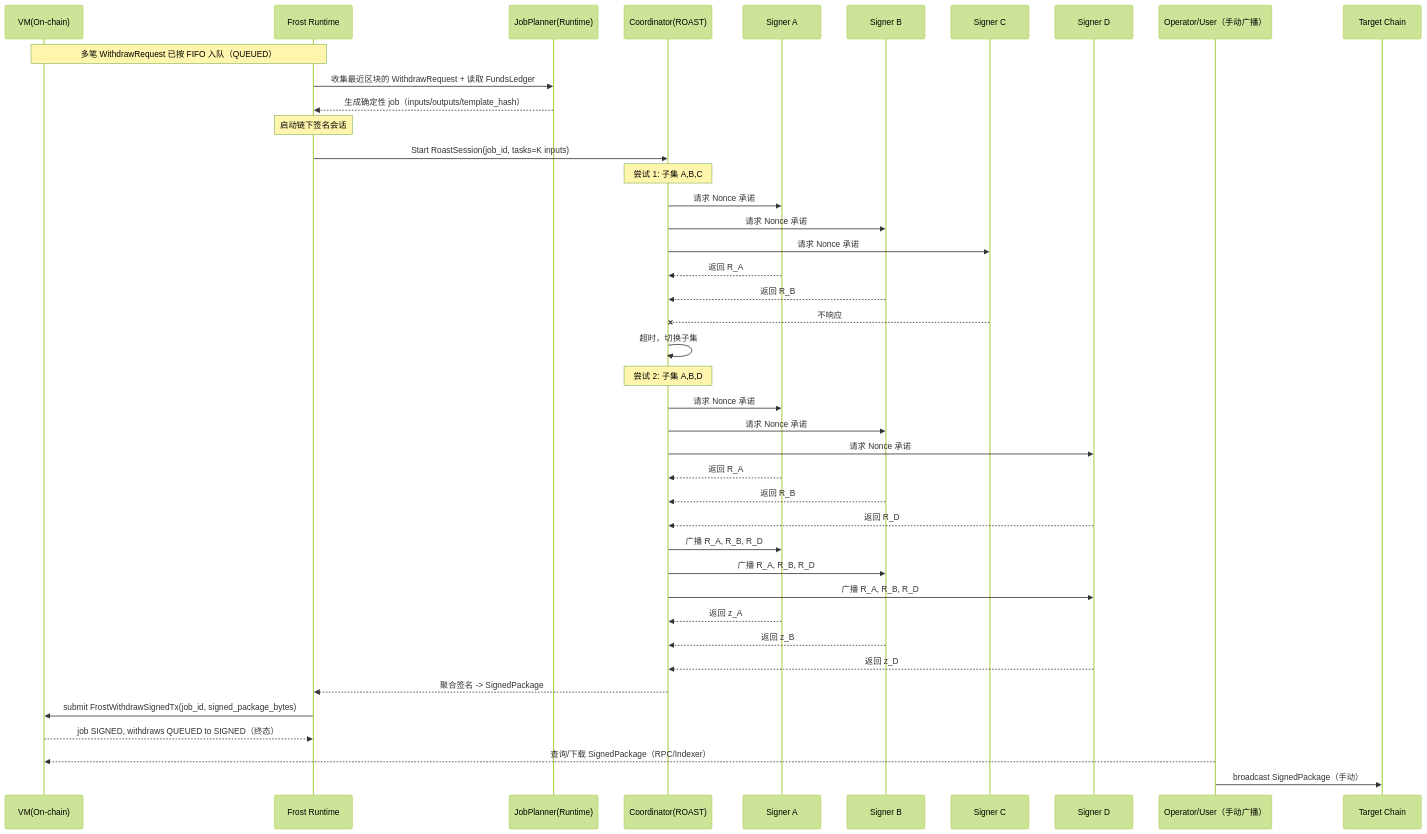
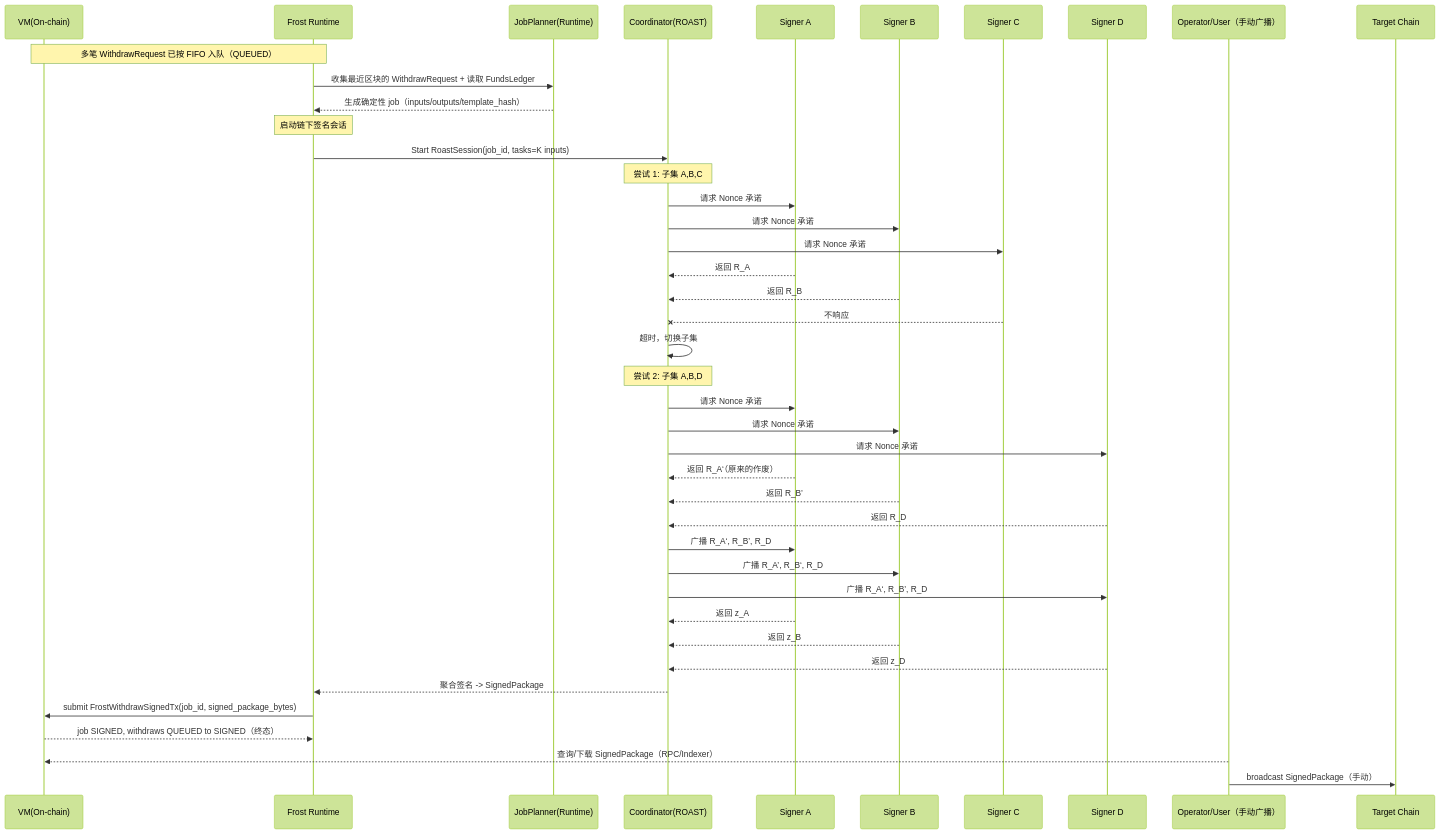
The fifth of 9 diagrams in frost/design.md (davidLeeeeeeeeeeee/dex), drawn with Mermaid (forest theme) before and after one commit. The commit also changed other lines of this file, not shown here.

````diff
--- a/frost/design.md
+++ b/frost/design.md
@@ -527,50 +526,50 @@
 ```mermaid
 sequenceDiagram
   participant VM as VM(On-chain)
   participant RT as Frost Runtime
   participant PL as JobPlanner(Runtime)
   participant CO as Coordinator(ROAST)
   participant A as Signer A
   participant B as Signer B
   participant C as Signer C
   participant D as Signer D
   participant OP as Operator/User（手动广播）
   participant CH as Target Chain
 
   Note over VM,RT: 多笔 WithdrawRequest 已按 FIFO 入队（QUEUED）
 
   RT->>PL: 收集最近区块的 WithdrawRequest + 读取 FundsLedger
   PL-->>RT: 生成确定性 job（inputs/outputs/template_hash）
   Note over RT: 启动链下签名会话
 
   RT->>CO: Start RoastSession(job_id, tasks=K inputs)
   Note over CO: 尝试 1: 子集 A,B,C
   CO->>A: 请求 Nonce 承诺
   CO->>B: 请求 Nonce 承诺
   CO->>C: 请求 Nonce 承诺
   A-->>CO: 返回 R_A
   B-->>CO: 返回 R_B
   C--xCO: 不响应
 
   CO->>CO: 超时，切换子集
   Note over CO: 尝试 2: 子集 A,B,D
   CO->>A: 请求 Nonce 承诺
   CO->>B: 请求 Nonce 承诺
   CO->>D: 请求 Nonce 承诺
-  A-->>CO: 返回 R_A
-  B-->>CO: 返回 R_B
+  A-->>CO: 返回 R_A‘（原来的作废）
+  B-->>CO: 返回 R_B’
   D-->>CO: 返回 R_D
-  CO->>A: 广播 R_A, R_B, R_D
-  CO->>B: 广播 R_A, R_B, R_D
-  CO->>D: 广播 R_A, R_B, R_D
+  CO->>A: 广播 R_A‘, R_B’, R_D
+  CO->>B: 广播 R_A’, R_B‘, R_D
+  CO->>D: 广播 R_A‘, R_B’, R_D
   A-->>CO: 返回 z_A
   B-->>CO: 返回 z_B
   D-->>CO: 返回 z_D
   CO-->>RT: 聚合签名 -> SignedPackage
 
   RT->>VM: submit FrostWithdrawSignedTx(job_id, signed_package_bytes)
   VM-->>RT: job SIGNED, withdraws QUEUED to SIGNED（终态）
 
   OP-->>VM: 查询/下载 SignedPackage（RPC/Indexer）
   OP->>CH: broadcast SignedPackage（手动）
 ```
````
